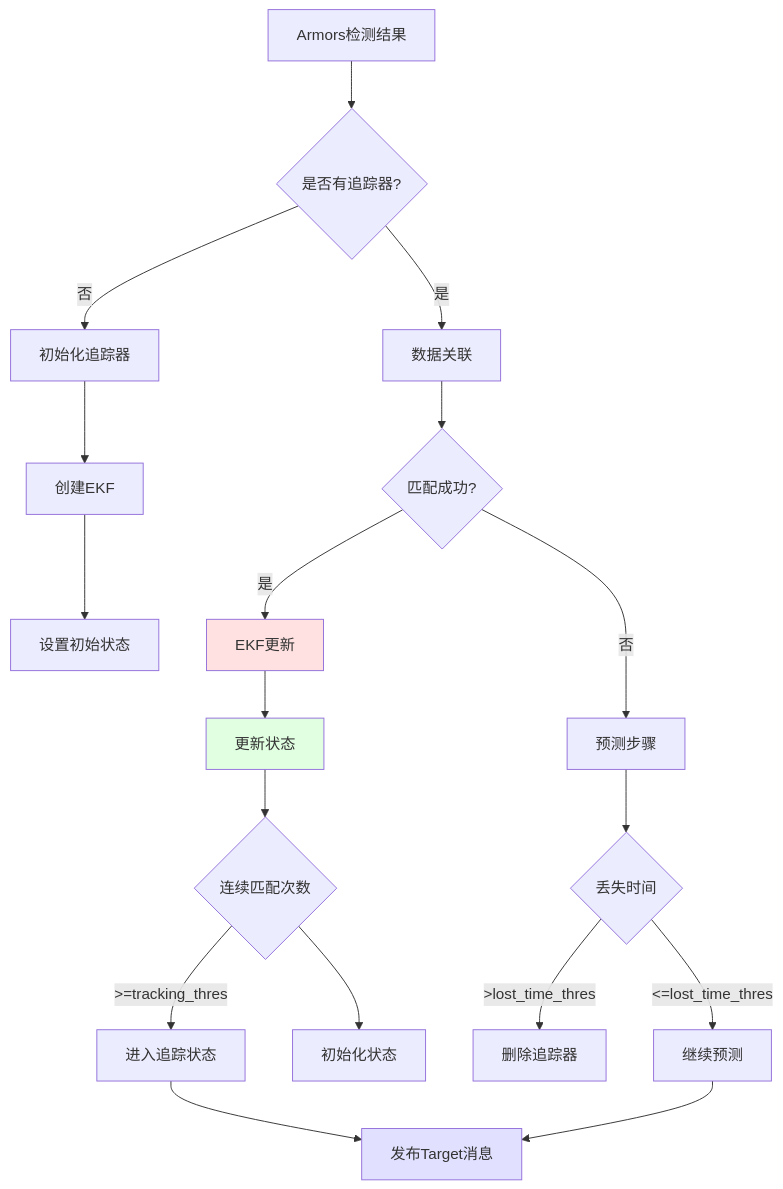
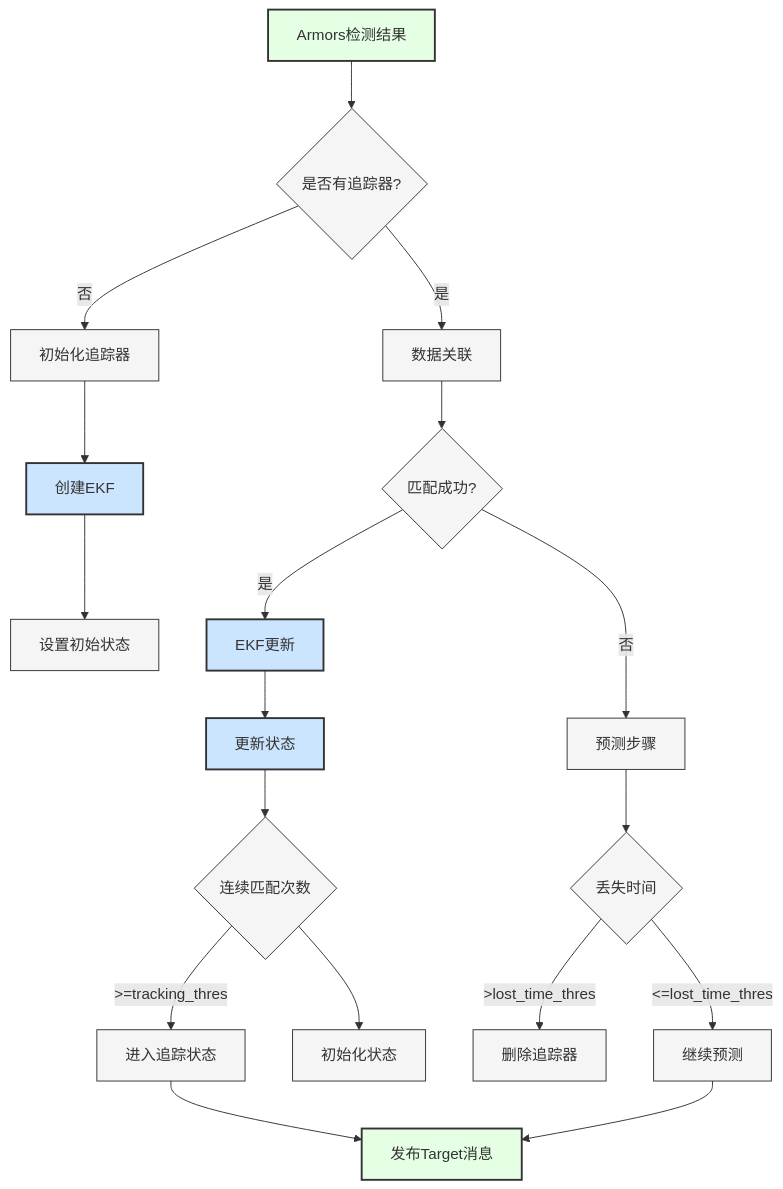
Before and after one commit to happywosabi/pb2025_sentry_ws: the sixth of 11 diagrams in docs/03_感知层.md, drawn with Mermaid. The commit also changed other lines of this file and 5 other files, not shown here.

````diff
--- a/docs/03_感知层.md
+++ b/docs/03_感知层.md
@@ -342,29 +346,33 @@
 ```mermaid
 graph TB
     A[Armors检测结果] --> B{是否有追踪器?}
     B -->|否| C[初始化追踪器]
     B -->|是| D[数据关联]
 
     C --> E[创建EKF]
     E --> F[设置初始状态]
 
     D --> G{匹配成功?}
     G -->|是| H[EKF更新]
     G -->|否| I[预测步骤]
 
     H --> J[更新状态]
     J --> K{连续匹配次数}
     K -->|>=tracking_thres| L[进入追踪状态]
     K -->|<tracking_thres| M[初始化状态]
 
     I --> N{丢失时间}
     N -->|>lost_time_thres| O[删除追踪器]
     N -->|<=lost_time_thres| P[继续预测]
 
     L --> Q[发布Target消息]
     P --> Q
 
-    style H fill:#ffe1e1
-    style J fill:#e1ffe1
-    style Q fill:#e1e1ff
+    classDef perceptionClass fill:#CCE5FF,stroke:#333,stroke-width:2px
+    classDef dataClass fill:#E5FFE5,stroke:#333,stroke-width:2px
+    classDef processClass fill:#F5F5F5,stroke:#333,stroke-width:1px
+
+    class H,J,E perceptionClass
+    class A,Q dataClass
+    class B,C,D,F,G,I,K,L,M,N,O,P processClass
 ```
````
